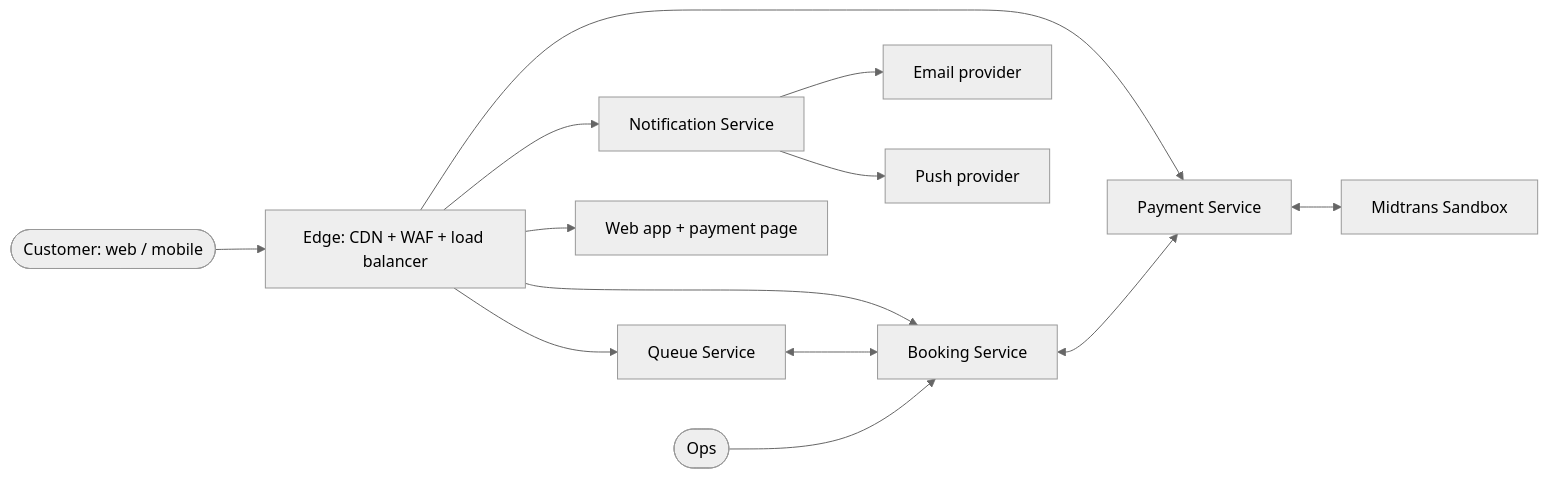
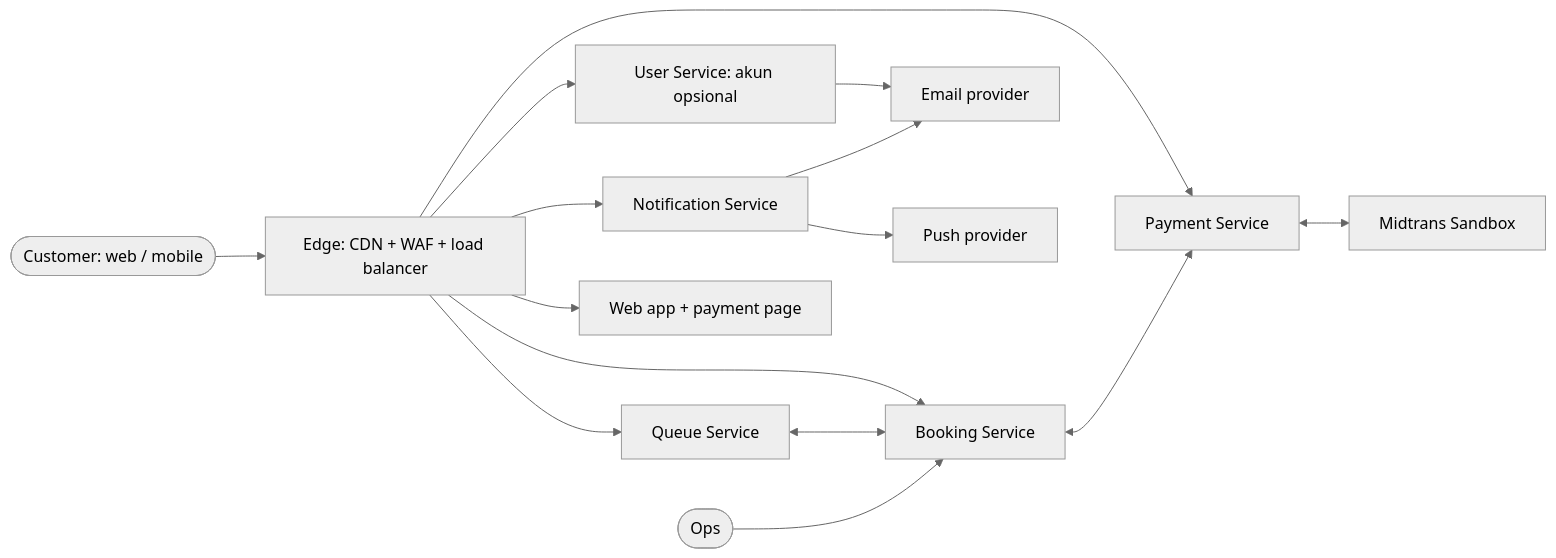
The diagram in docs/srs/02-SRS-RBT-001.md (tiket-sampai-nonton/rusuh-booking-be), drawn with Mermaid (neutral theme) before and after one commit. The commit also changed other lines of this file and 28 other files, not shown here.

````diff
--- a/docs/srs/02-SRS-RBT-001.md
+++ b/docs/srs/02-SRS-RBT-001.md
@@ -43,15 +44,17 @@
 ```mermaid
 flowchart LR
     C([Customer: web / mobile]) --> EDGE[Edge: CDN + WAF + load balancer]
     EDGE --> Q[Queue Service]
     EDGE --> B[Booking Service]
     EDGE --> P[Payment Service]
     EDGE --> N[Notification Service]
+    EDGE --> U[User Service: akun opsional]
+    U --> SMTP
     EDGE --> W[Web app + payment page]
     Q <--> B
     B <--> P
     P <--> MT[Midtrans Sandbox]
     N --> SMTP[Email provider]
     N --> PUSH[Push provider]
     OPS([Ops]) --> B
 ```
````
